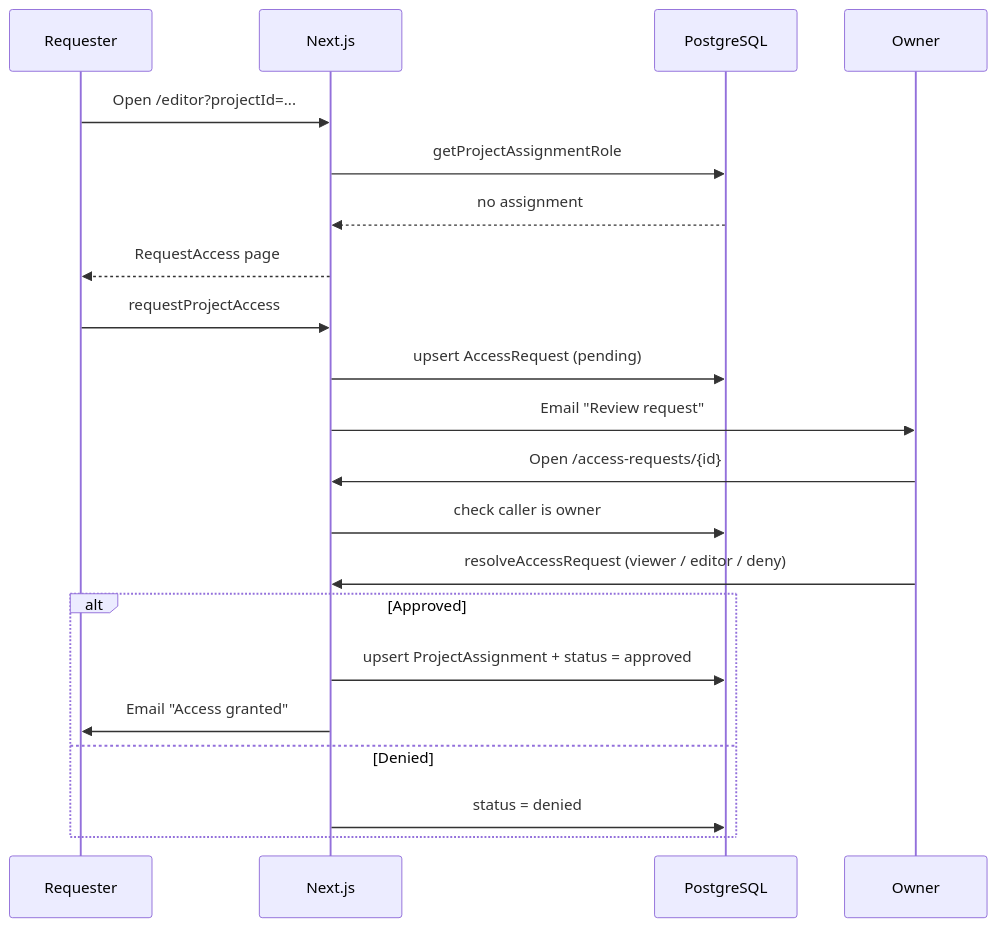
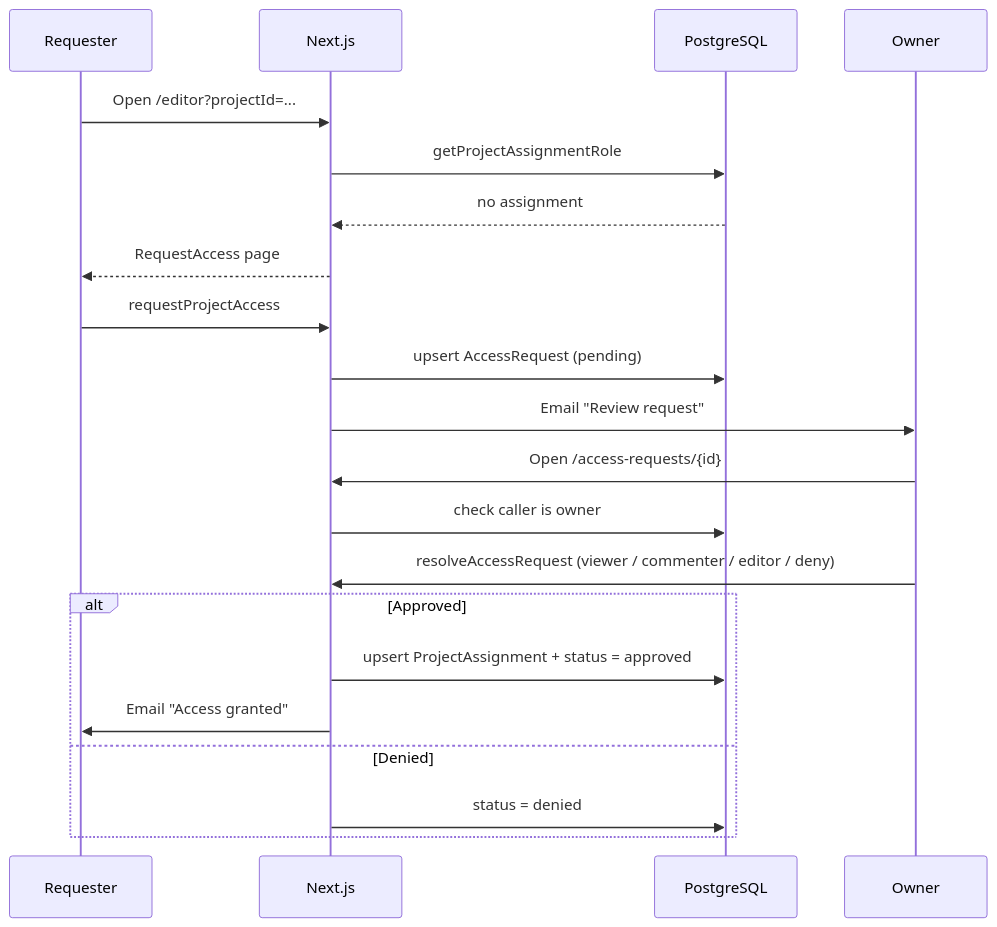
The diagram in docs/docs/techdocs/core-systems/access-requests.md (ISC-HEI/tisc-editor), drawn with Mermaid before and after one commit. The commit also changed other lines of this file and 10 other files, not shown here.

````diff
--- a/docs/docs/techdocs/core-systems/access-requests.md
+++ b/docs/docs/techdocs/core-systems/access-requests.md
@@ -20,24 +20,24 @@
 ```mermaid
 sequenceDiagram
     participant U as Requester
     participant App as Next.js
     participant DB as PostgreSQL
     participant O as Owner
 
     U->>App: Open /editor?projectId=...
     App->>DB: getProjectAssignmentRole
     DB-->>App: no assignment
     App-->>U: RequestAccess page
     U->>App: requestProjectAccess
     App->>DB: upsert AccessRequest (pending)
     App->>O: Email "Review request"
     O->>App: Open /access-requests/{id}
     App->>DB: check caller is owner
-    O->>App: resolveAccessRequest (viewer / editor / deny)
+    O->>App: resolveAccessRequest (viewer / commenter / editor / deny)
     alt Approved
         App->>DB: upsert ProjectAssignment + status = approved
         App->>U: Email "Access granted"
     else Denied
         App->>DB: status = denied
     end
 ```
````
